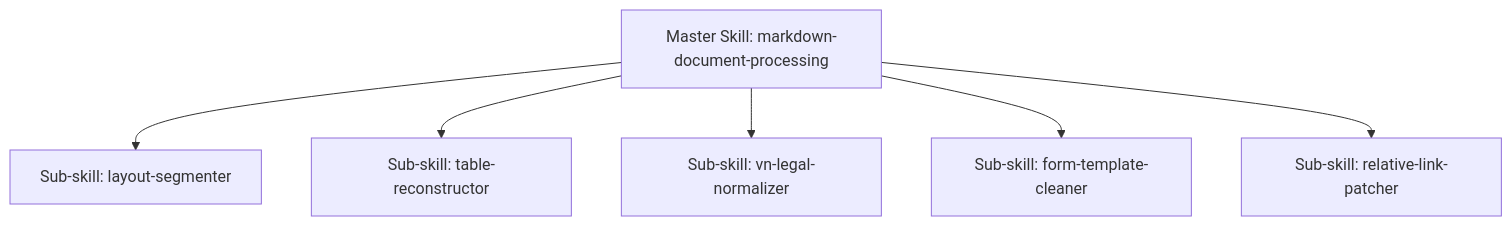
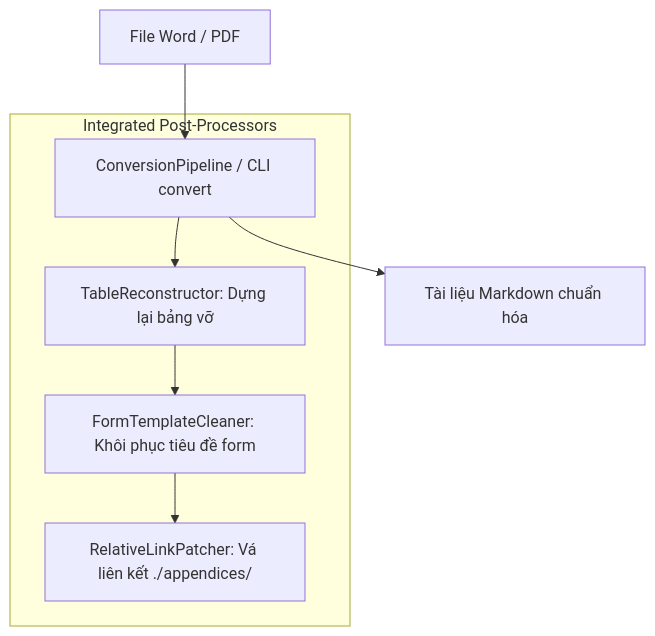
The diagram in .agents/skills/markdown-processing/SKILL.md (vvChu/ccba-agent-platform), drawn with Mermaid before and after one commit. The commit also changed other lines of this file and 109 other files, not shown here.

````diff
--- a/.agents/skills/markdown-processing/SKILL.md
+++ b/.agents/skills/markdown-processing/SKILL.md
@@ -25,8 +26,10 @@
 ```mermaid
 graph TD
-    Master[Master Skill: markdown-document-processing] --> Sub1[Sub-skill: layout-segmenter]
-    Master --> Sub2[Sub-skill: table-reconstructor]
-    Master --> Sub3[Sub-skill: vn-legal-normalizer]
-    Master --> Sub4[Sub-skill: form-template-cleaner]
-    Master --> Sub5[Sub-skill: relative-link-patcher]
+    Input[File Word / PDF] --> Pipeline[ConversionPipeline / CLI convert]
+    subgraph Integrated Post-Processors
+        Pipeline --> PP1[TableReconstructor: Dựng lại bảng vỡ]
+        PP1 --> PP2[FormTemplateCleaner: Khôi phục tiêu đề form]
+        PP2 --> PP3[RelativeLinkPatcher: Vá liên kết ./appendices/]
+    end
+    Pipeline --> Output[Tài liệu Markdown chuẩn hóa]
 ```
````
